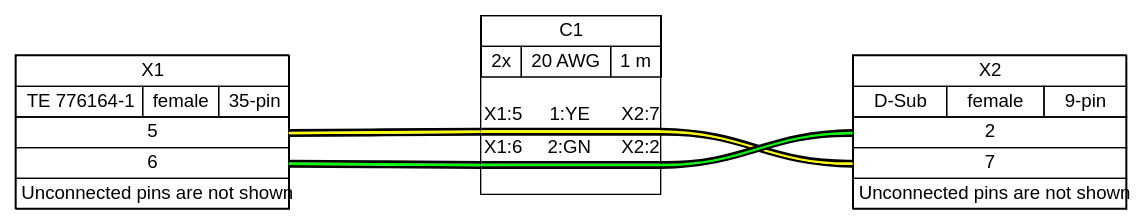
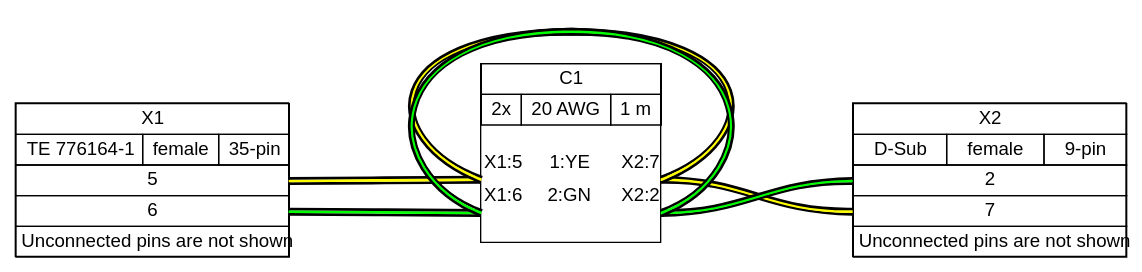
The diagram in examples/ex07.gv (wireviz/WireViz), drawn with Graphviz before and after one commit. The commit also changed 104 other files, not shown here.

```diff
--- a/examples/ex07.gv
+++ b/examples/ex07.gv
@@ -1,129 +1,129 @@
 graph {
-// Graph generated by WireViz 0.4
+// Graph generated by WireViz 0.5-dev
 // https://github.com/formatc1702/WireViz
 	graph [bgcolor="#FFFFFF" fontname=arial nodesep=0.33 rankdir=LR ranksep=2]
 	node [fillcolor="#FFFFFF" fontname=arial height=0 margin=0 shape=none style=filled width=0]
 	edge [fontname=arial style=bold]
+	edge [headclip=true style=bold tailclip=true]
 	X1 [label=<
 <table border="0" cellspacing="0" cellpadding="0">
  <tr><td>
   <table border="0" cellspacing="0" cellpadding="3" cellborder="1"><tr>
    <td balign="left">X1</td>
   </tr></table>
  </td></tr>
  <tr><td>
   <table border="0" cellspacing="0" cellpadding="3" cellborder="1"><tr>
    <td balign="left">TE 776164-1</td>
    <td balign="left">female</td>
    <td balign="left">35-pin</td>
   </tr></table>
  </td></tr>
  <tr><td>
   <table border="0" cellspacing="0" cellpadding="3" cellborder="1">
    <tr>
     <td port="p5r">5</td>
    </tr>
    <tr>
     <td port="p6r">6</td>
    </tr>
   </table>
  </td></tr>
  <tr><td>
   <table border="0" cellspacing="0" cellpadding="3" cellborder="1"><tr>
    <td balign="left">Unconnected pins are not shown</td>
   </tr></table>
  </td></tr>
 </table>
 > fillcolor="#FFFFFF" shape=box style=filled]
+	edge [headclip=true style=bold tailclip=true]
 	X2 [label=<
 <table border="0" cellspacing="0" cellpadding="0">
  <tr><td>
   <table border="0" cellspacing="0" cellpadding="3" cellborder="1"><tr>
    <td balign="left">X2</td>
   </tr></table>
  </td></tr>
  <tr><td>
   <table border="0" cellspacing="0" cellpadding="3" cellborder="1"><tr>
    <td balign="left">D-Sub</td>
    <td balign="left">female</td>
    <td balign="left">9-pin</td>
   </tr></table>
  </td></tr>
  <tr><td>
   <table border="0" cellspacing="0" cellpadding="3" cellborder="1">
    <tr>
     <td port="p2l">2</td>
    </tr>
    <tr>
     <td port="p7l">7</td>
    </tr>
   </table>
  </td></tr>
  <tr><td>
   <table border="0" cellspacing="0" cellpadding="3" cellborder="1"><tr>
    <td balign="left">Unconnected pins are not shown</td>
   </tr></table>
  </td></tr>
 </table>
 > fillcolor="#FFFFFF" shape=box style=filled]
 	edge [color="#000000:#ffff00:#000000"]
 	X1:p5r:e -- C1:w1:w
 	C1:w1:e -- X2:p7l:w
+	C1:w1:w -- C1:w1:e [straight=straight]
 	edge [color="#000000:#00ff00:#000000"]
 	X1:p6r:e -- C1:w2:w
 	C1:w2:e -- X2:p2l:w
+	C1:w2:w -- C1:w2:e [straight=straight]
 	C1 [label=<
 <table border="0" cellspacing="0" cellpadding="0">
  <tr><td>
   <table border="0" cellspacing="0" cellpadding="3" cellborder="1"><tr>
    <td balign="left">C1</td>
   </tr></table>
  </td></tr>
  <tr><td>
   <table border="0" cellspacing="0" cellpadding="3" cellborder="1"><tr>
    <td balign="left">2x</td>
    <td balign="left">20 AWG</td>
    <td balign="left">1 m</td>
   </tr></table>
  </td></tr>
  <tr><td>
   <table border="0" cellspacing="0" cellborder="0">
    <tr><td>&nbsp;</td></tr>
    <tr>
     <td>X1:5</td>
     <td>
      1:YE
     </td>
     <td>X2:7</td>
    </tr>
    <tr>
     <td colspan="3" border="0" cellspacing="0" cellpadding="0" port="w1" height="6">
      <table cellspacing="0" cellborder="0" border="0">
-      <tr><td colspan="3" cellpadding="0" height="2" bgcolor="#000000" border="0"></td></tr>
-      <tr><td colspan="3" cellpadding="0" height="2" bgcolor="#ffff00" border="0"></td></tr>
-      <tr><td colspan="3" cellpadding="0" height="2" bgcolor="#000000" border="0"></td></tr>
+    <tr><td colspan="3" cellpadding="0" height="6" border="0"></td></tr>
      </table>
     </td>
    </tr>
    <tr>
     <td>X1:6</td>
     <td>
      2:GN
     </td>
     <td>X2:2</td>
    </tr>
    <tr>
     <td colspan="3" border="0" cellspacing="0" cellpadding="0" port="w2" height="6">
      <table cellspacing="0" cellborder="0" border="0">
-      <tr><td colspan="3" cellpadding="0" height="2" bgcolor="#000000" border="0"></td></tr>
-      <tr><td colspan="3" cellpadding="0" height="2" bgcolor="#00ff00" border="0"></td></tr>
-      <tr><td colspan="3" cellpadding="0" height="2" bgcolor="#000000" border="0"></td></tr>
+    <tr><td colspan="3" cellpadding="0" height="6" border="0"></td></tr>
      </table>
     </td>
    </tr>
    <tr><td>&nbsp;</td></tr>
   </table>
  </td></tr>
 </table>
 > fillcolor="#FFFFFF" shape=box style=filled]
 }
```
